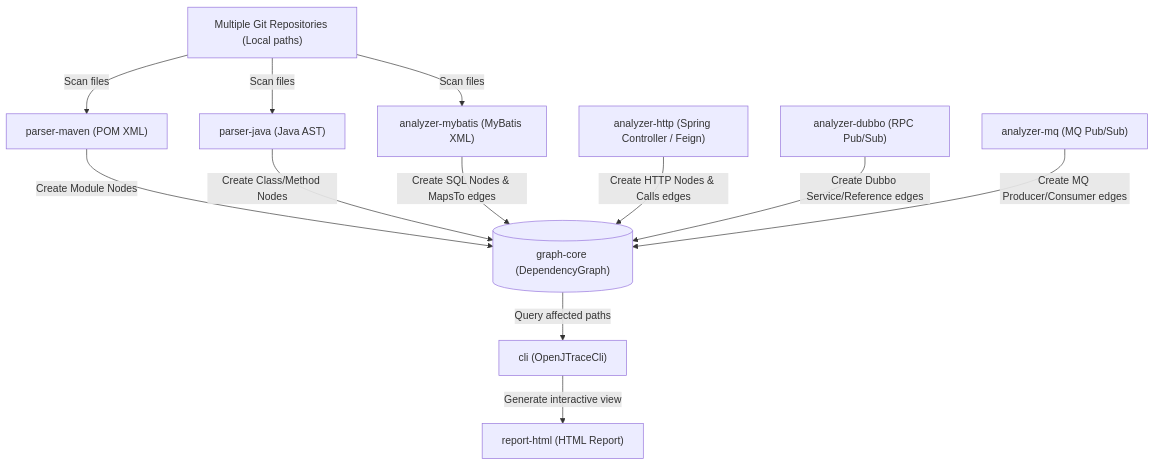
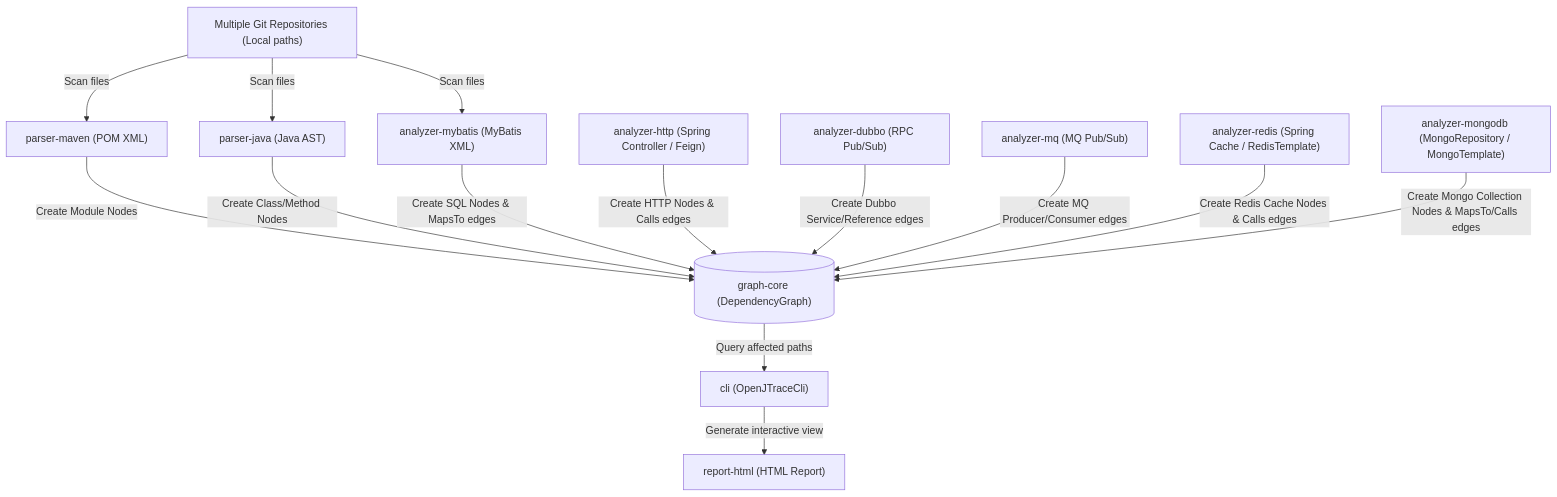
One commit to jingbeisohu/openjtrace changed the diagram in docs/architecture.md. Above: the diagram before and after it, drawn with Mermaid. The commit also changed other lines of this file and 2 other files, not shown here.

Commit message:
docs: supplement documentation for redis and mongo analyzers

````diff
--- a/docs/architecture.md
+++ b/docs/architecture.md
@@ -11,21 +11,23 @@
 ```mermaid
 graph TD
     %% Source Inputs
     SubGraphRepos["Multiple Git Repositories (Local paths)"] --> |Scan files| ParserMaven["parser-maven (POM XML)"]
     SubGraphRepos --> |Scan files| ParserJava["parser-java (Java AST)"]
     SubGraphRepos --> |Scan files| AnalyzerMyBatisXML["analyzer-mybatis (MyBatis XML)"]
 
     %% Parsers -> Core Graph Model
     ParserMaven --> |Create Module Nodes| GraphCore[("graph-core (DependencyGraph)")]
     ParserJava --> |Create Class/Method Nodes| GraphCore
 
     %% Analyzers (Enriching the Graph)
     AnalyzerMyBatisXML --> |Create SQL Nodes & MapsTo edges| GraphCore
     AnalyzerHTTP["analyzer-http (Spring Controller / Feign)"] --> |Create HTTP Nodes & Calls edges| GraphCore
     AnalyzerDubbo["analyzer-dubbo (RPC Pub/Sub)"] --> |Create Dubbo Service/Reference edges| GraphCore
     AnalyzerMQ["analyzer-mq (MQ Pub/Sub)"] --> |Create MQ Producer/Consumer edges| GraphCore
+    AnalyzerRedis["analyzer-redis (Spring Cache / RedisTemplate)"] --> |Create Redis Cache Nodes & Calls edges| GraphCore
+    AnalyzerMongo["analyzer-mongodb (MongoRepository / MongoTemplate)"] --> |Create Mongo Collection Nodes & MapsTo/Calls edges| GraphCore
 
     %% Query Engine (CLI)
     GraphCore --> |Query affected paths| Cli["cli (OpenJTraceCli)"]
     Cli --> |Generate interactive view| ReportHtml["report-html (HTML Report)"]
 ```
````
